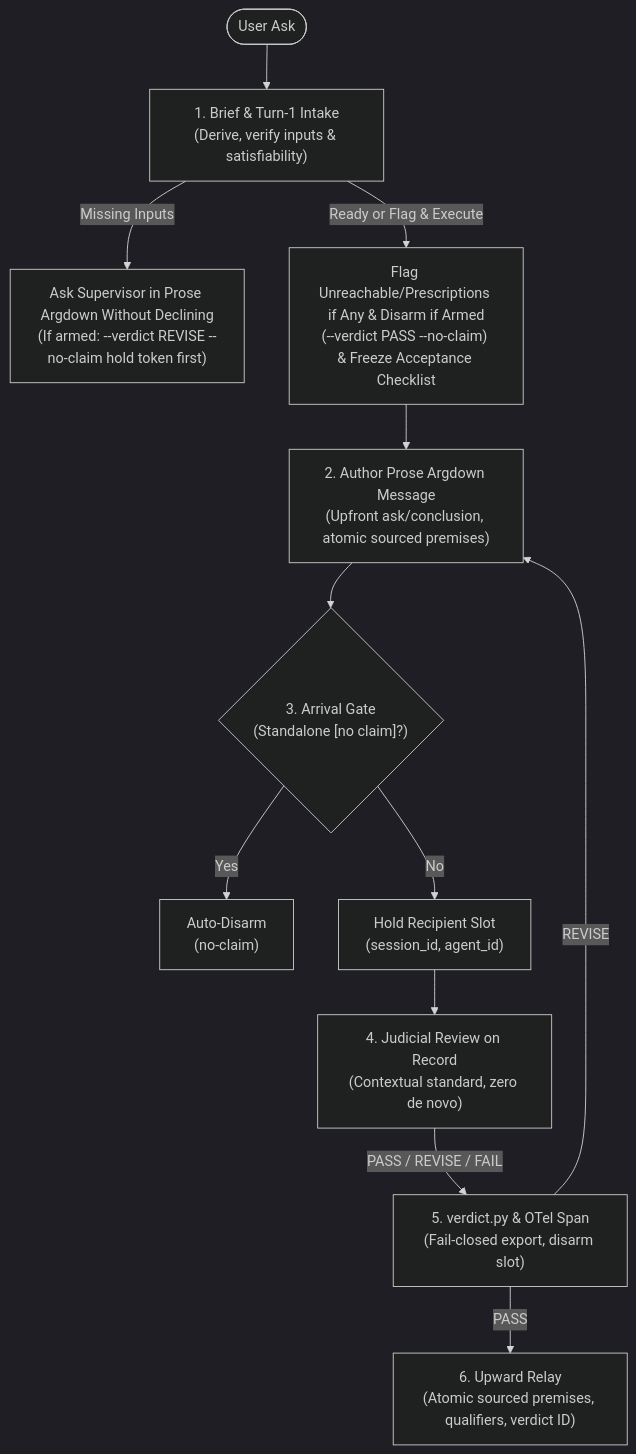
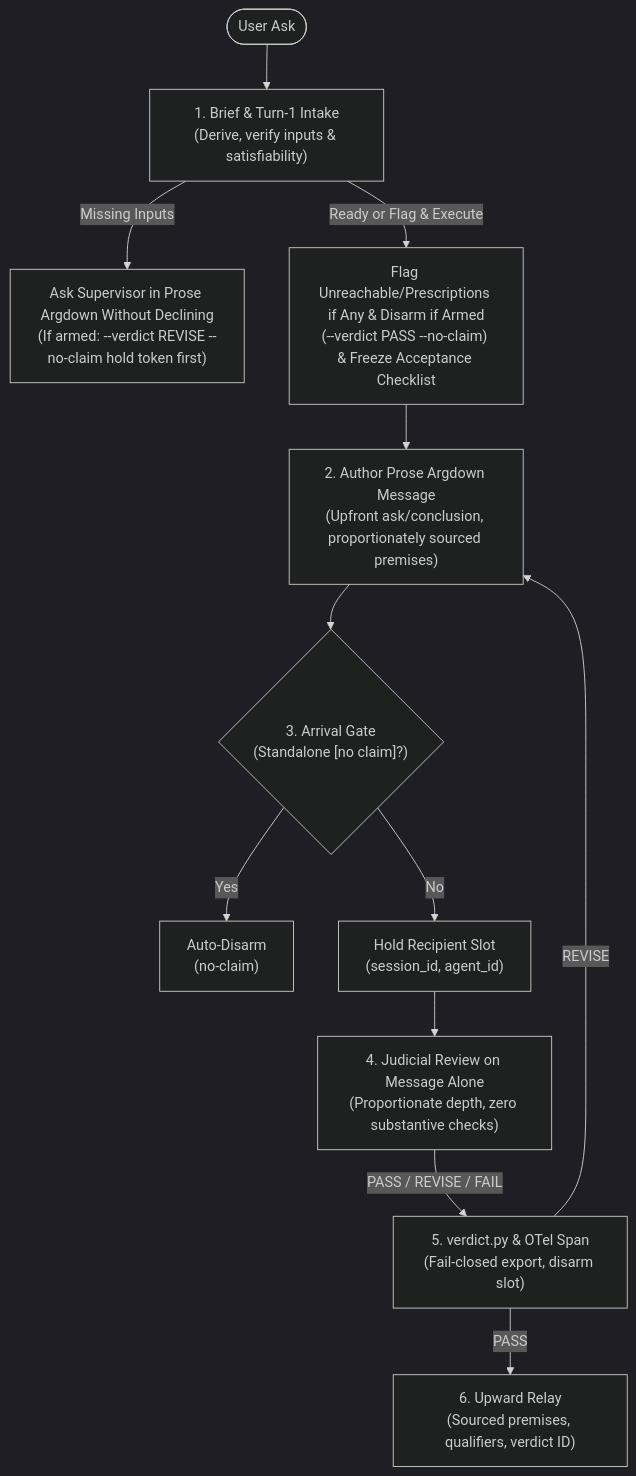
Before and after one commit to nicsuzor/academicOps: the diagram in specs/enforcement/evidence-contract.md, drawn with Mermaid (dark theme). The commit also changed other lines of this file and 21 other files, not shown here.

````diff
--- a/specs/enforcement/evidence-contract.md
+++ b/specs/enforcement/evidence-contract.md
@@ -86,14 +86,14 @@
 ```mermaid
 flowchart TD
     Ask(["User Ask"]) --> Brief["1. Brief & Turn-1 Intake<br/>(Derive, verify inputs & satisfiability)"]
     Brief -->|Missing Inputs| BriefClarify["Ask Supervisor in Prose Argdown Without Declining<br/>(If armed: --verdict REVISE --no-claim hold token first)"]
     Brief -->|Ready or Flag & Execute| BriefClear["Flag Unreachable/Prescriptions if Any & Disarm if Armed<br/>(--verdict PASS --no-claim) & Freeze Acceptance Checklist"]
-    BriefClear --> Author["2. Author Prose Argdown Message<br/>(Upfront ask/conclusion, atomic sourced premises)"]
+    BriefClear --> Author["2. Author Prose Argdown Message<br/>(Upfront ask/conclusion, proportionately sourced premises)"]
     Author --> Gate{"3. Arrival Gate<br/>(Standalone [no claim]?)"}
     Gate -->|Yes| AutoClear["Auto-Disarm<br/>(no-claim)"]
     Gate -->|No| Hold["Hold Recipient Slot<br/>(session_id, agent_id)"]
-    Hold --> Review["4. Judicial Review on Record<br/>(Contextual standard, zero de novo)"]
+    Hold --> Review["4. Judicial Review on Message Alone<br/>(Proportionate depth, zero substantive checks)"]
     Review -->|PASS / REVISE / FAIL| Record["5. verdict.py & OTel Span<br/>(Fail-closed export, disarm slot)"]
     Record -->|REVISE| Author
-    Record -->|PASS| Relay["6. Upward Relay<br/>(Atomic sourced premises, qualifiers, verdict ID)"]
+    Record -->|PASS| Relay["6. Upward Relay<br/>(Sourced premises, qualifiers, verdict ID)"]
 ```
````
